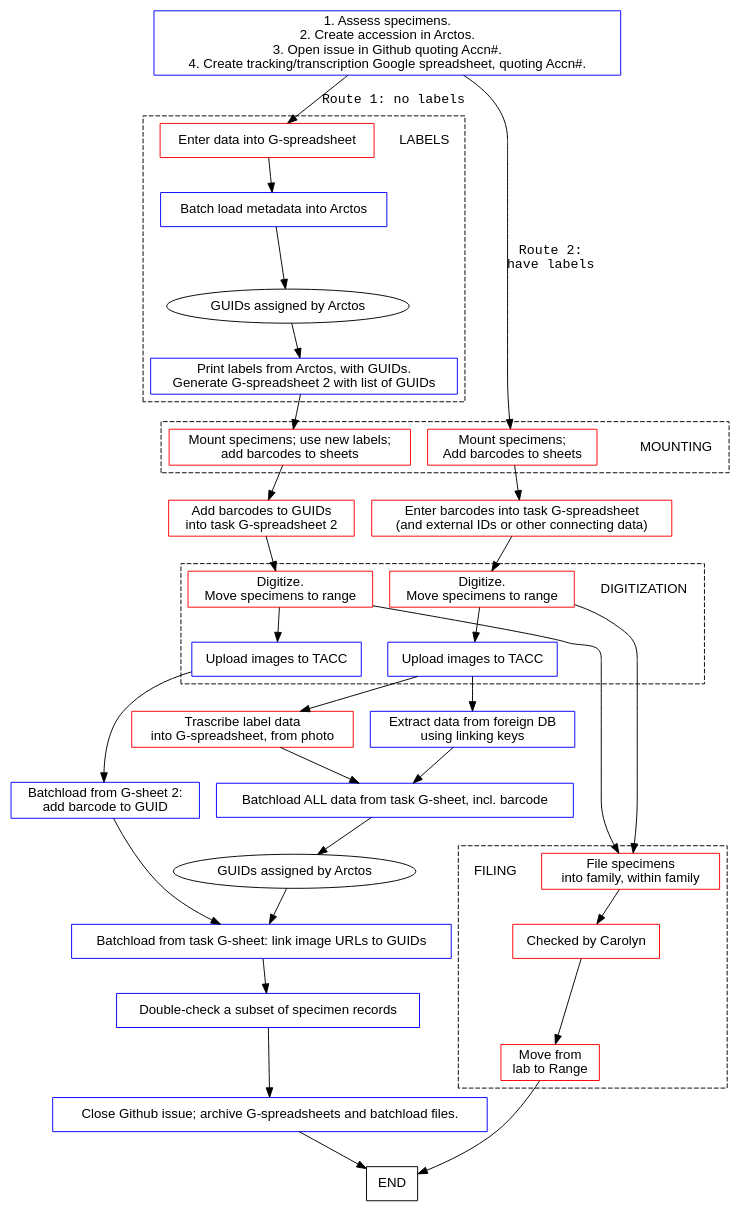
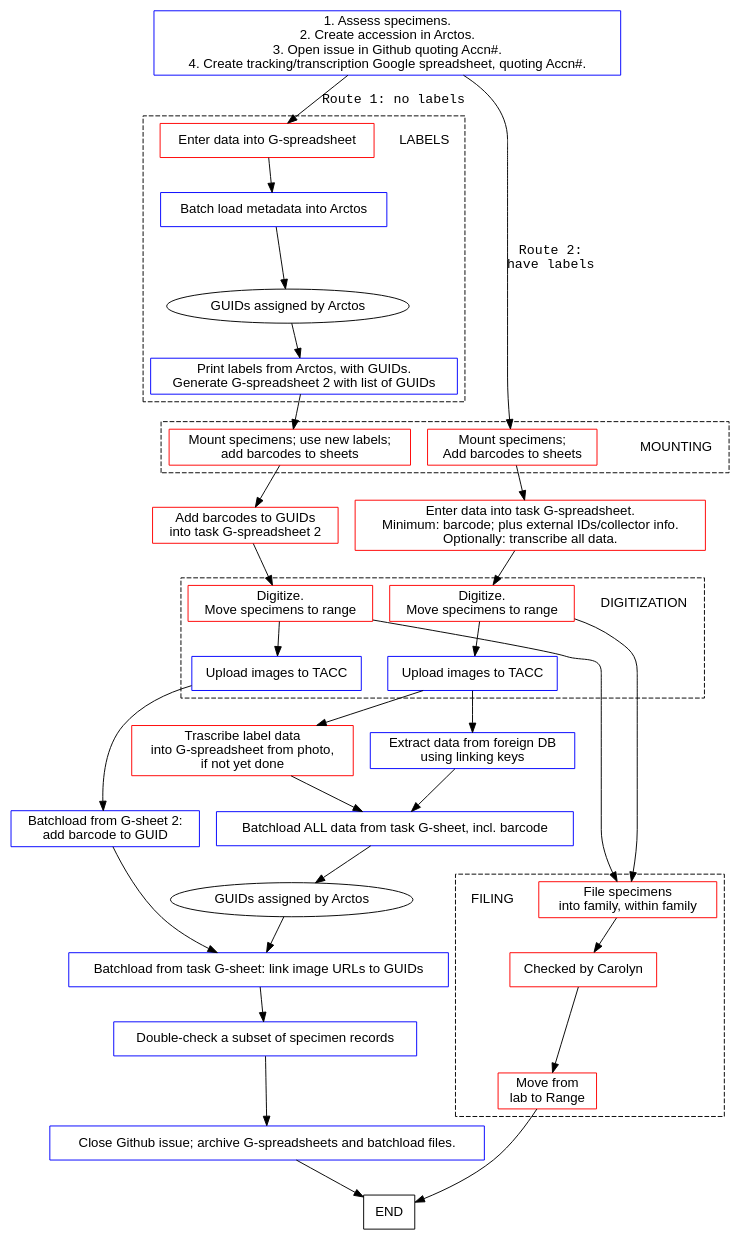
The diagram in img/flow.dot (ALA-herbarium/documentation), drawn with Graphviz before and after one commit. The commit also changed 2 other files, not shown here.

```diff
--- a/img/flow.dot
+++ b/img/flow.dot
@@ -35,7 +35,7 @@
     //
     subgraph tl {
         rank=same
-        trans [label="Trascribe label data\ninto G-spreadsheet, from photo",
+        trans [label="Trascribe label data\ninto G-spreadsheet from photo,\nif not yet done",
                color=red] 
         link  [label="Extract data from foreign DB\nusing linking keys",
                color=blue]
@@ -56,7 +56,7 @@
         rank=same
         table1 [label="Add barcodes to GUIDs\ninto task G-spreadsheet 2",
                 color=red]
-        table2 [label="Enter barcodes into task G-spreadsheet\n(and external IDs or other connecting data)",
+        table2 [label="Enter data into task G-spreadsheet.\nMinimum: barcode; plus external IDs/collector info.\nOptionally: transcribe all data.",
                 color=red]
     }
     subgraph clusterdigit {        
```
